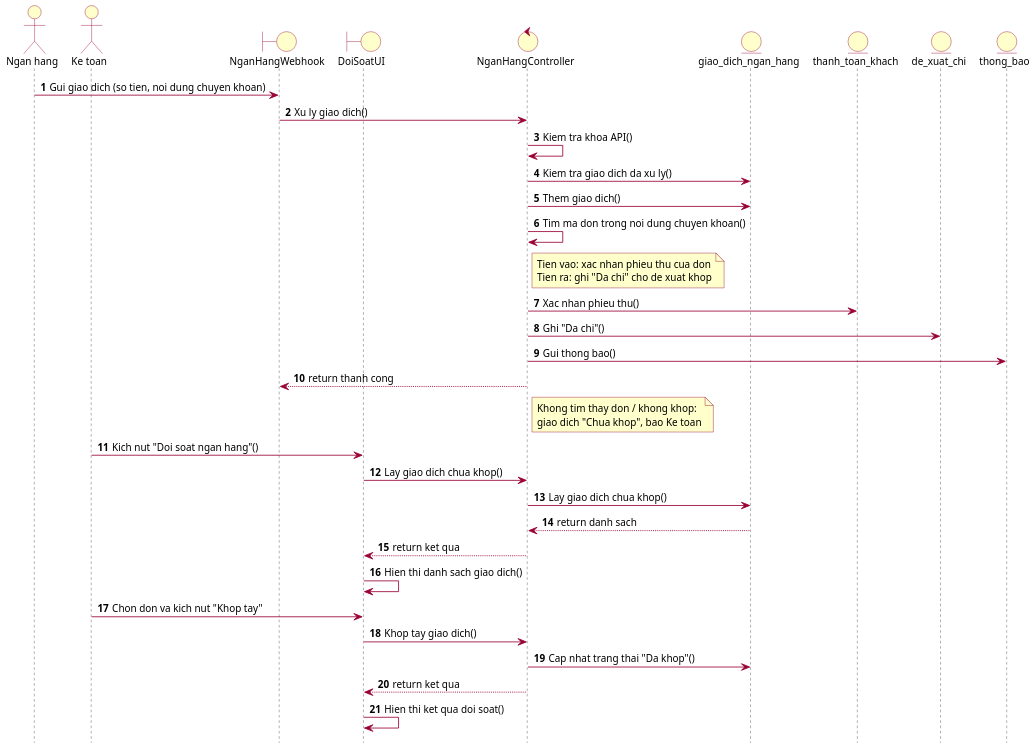
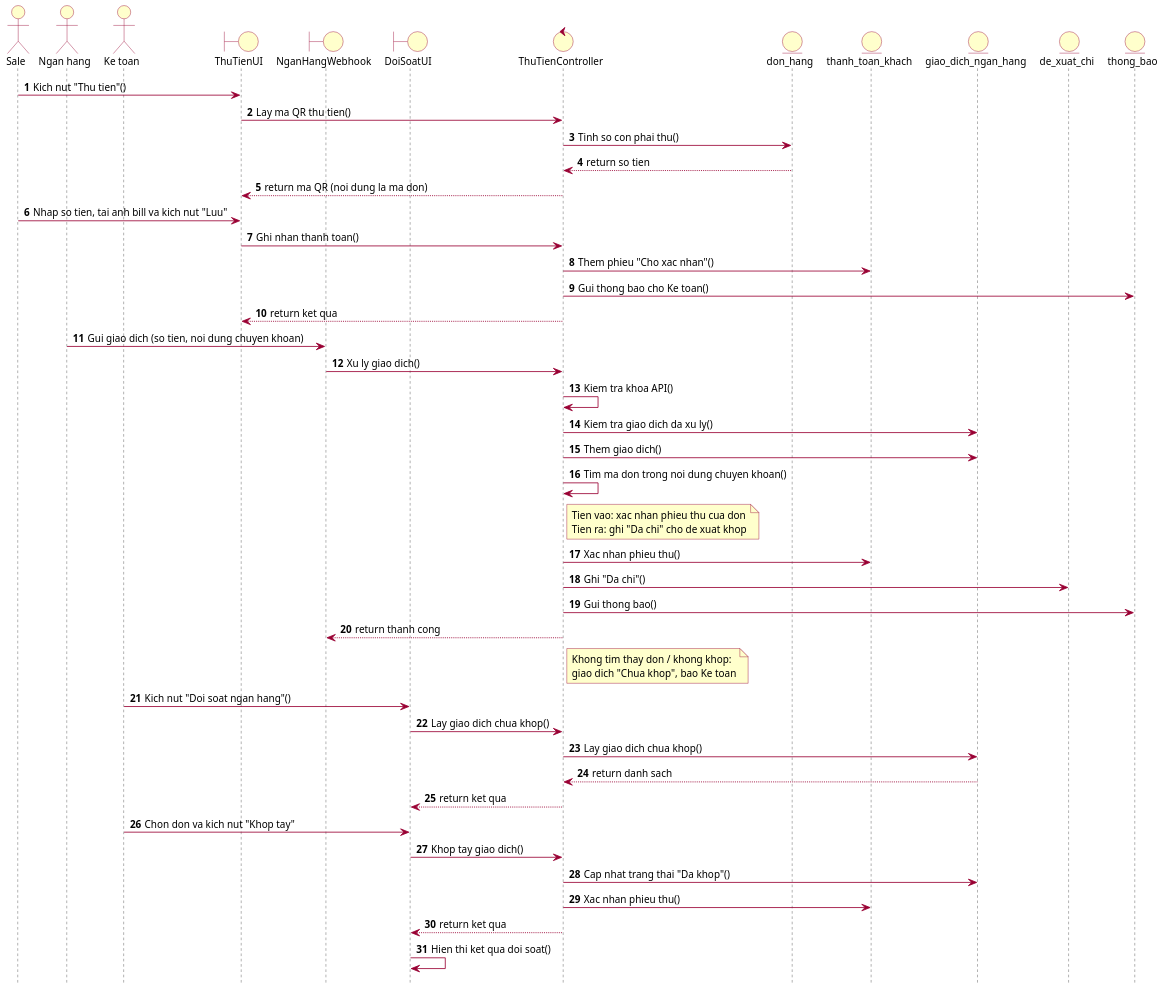
One commit to simunaroo/ERP changed the diagram in _hinh/puml_rose/seq_doi_soat.puml. Above: the diagram before and after it, drawn with PlantUML. The commit also changed 70 other files, not shown here.

First line of the commit message:
docs: cap nhat README, so do va cong cu bao cao (bao cao rut gon con 74 trang)

```diff
--- a/_hinh/puml_rose/seq_doi_soat.puml
+++ b/_hinh/puml_rose/seq_doi_soat.puml
@@ -1,66 +1,79 @@
 @startuml seq_doi_soat
 !pragma layout smetana
 skinparam dpi 150
 skinparam defaultFontName Arial
 skinparam defaultFontSize 12
 skinparam shadowing false
 skinparam ArrowColor #990033
 skinparam ActorBorderColor #990033
 skinparam ActorBackgroundColor #FFFFCC
 skinparam UsecaseBorderColor #990033
 skinparam UsecaseBackgroundColor #FFFFCC
 skinparam ClassBorderColor #990033
 skinparam ClassBackgroundColor #FFFFCC
 skinparam ParticipantBorderColor #990033
 skinparam ParticipantBackgroundColor #FFFFCC
 skinparam BoundaryBackgroundColor #FFFFCC
 skinparam BoundaryBorderColor #990033
 skinparam ControlBackgroundColor #FFFFCC
 skinparam ControlBorderColor #990033
 skinparam EntityBackgroundColor #FFFFCC
 skinparam EntityBorderColor #990033
 skinparam SequenceLifeLineBorderColor #444444
 skinparam NoteBackgroundColor #FFFFCC
 skinparam NoteBorderColor #990033
 skinparam packageStyle rectangle
 autonumber
 hide footbox
+actor "Sale" as U
 actor "Ngan hang" as NH
 actor "Ke toan" as KT
+boundary "ThuTienUI" as UI
 boundary "NganHangWebhook" as WH
-boundary "DoiSoatUI" as UI
-control "NganHangController" as C
+boundary "DoiSoatUI" as DS
+control "ThuTienController" as C
+entity "don_hang" as DH
+entity "thanh_toan_khach" as TT
 entity "giao_dich_ngan_hang" as GD
-entity "thanh_toan_khach" as TT
 entity "de_xuat_chi" as DX
 entity "thong_bao" as TB
+U -> UI : Kich nut "Thu tien"()
+UI -> C : Lay ma QR thu tien()
+C -> DH : Tinh so con phai thu()
+DH --> C : return so tien
+C --> UI : return ma QR (noi dung la ma don)
+U -> UI : Nhap so tien, tai anh bill va kich nut "Luu"
+UI -> C : Ghi nhan thanh toan()
+C -> TT : Them phieu "Cho xac nhan"()
+C -> TB : Gui thong bao cho Ke toan()
+C --> UI : return ket qua
 NH -> WH : Gui giao dich (so tien, noi dung chuyen khoan)
 WH -> C : Xu ly giao dich()
 C -> C : Kiem tra khoa API()
 C -> GD : Kiem tra giao dich da xu ly()
 C -> GD : Them giao dich()
 C -> C : Tim ma don trong noi dung chuyen khoan()
 note right of C
 Tien vao: xac nhan phieu thu cua don
 Tien ra: ghi "Da chi" cho de xuat khop
 end note
 C -> TT : Xac nhan phieu thu()
 C -> DX : Ghi "Da chi"()
 C -> TB : Gui thong bao()
 C --> WH : return thanh cong
 note right of C
 Khong tim thay don / khong khop:
 giao dich "Chua khop", bao Ke toan
 end note
-KT -> UI : Kich nut "Doi soat ngan hang"()
-UI -> C : Lay giao dich chua khop()
+KT -> DS : Kich nut "Doi soat ngan hang"()
+DS -> C : Lay giao dich chua khop()
 C -> GD : Lay giao dich chua khop()
 GD --> C : return danh sach
-C --> UI : return ket qua
-UI -> UI : Hien thi danh sach giao dich()
-KT -> UI : Chon don va kich nut "Khop tay"
-UI -> C : Khop tay giao dich()
+C --> DS : return ket qua
+KT -> DS : Chon don va kich nut "Khop tay"
+DS -> C : Khop tay giao dich()
 C -> GD : Cap nhat trang thai "Da khop"()
-C --> UI : return ket qua
-UI -> UI : Hien thi ket qua doi soat()
+C -> TT : Xac nhan phieu thu()
+C --> DS : return ket qua
+DS -> DS : Hien thi ket qua doi soat()
 @enduml
```
